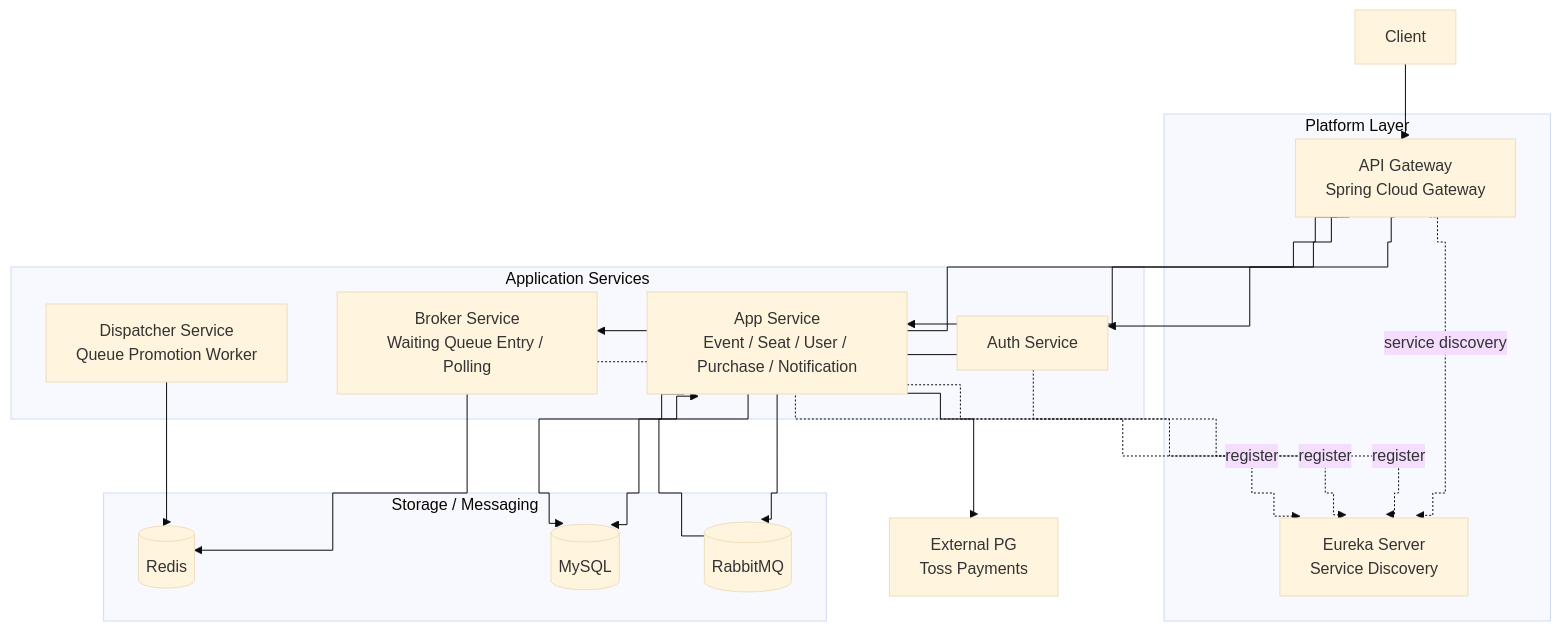
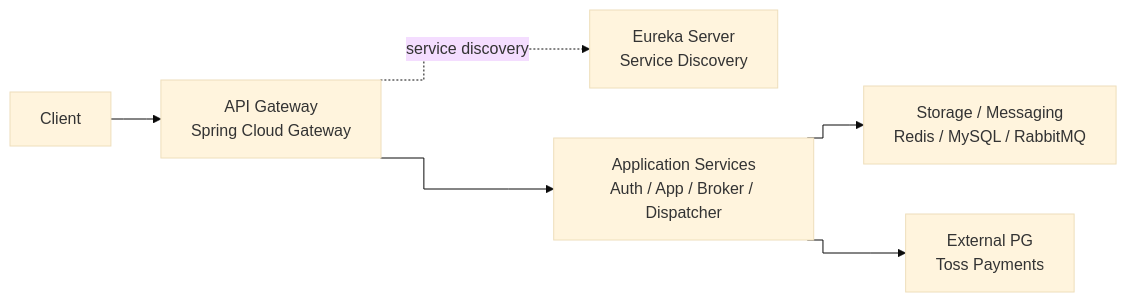
One commit to omegafrog/ticketon-DDD changed the diagram in README.md. Above: the diagram before and after it, drawn with Mermaid (base theme).

Commit message:
docs: simplify architecture diagram

````diff
--- a/README.md
+++ b/README.md
@@ -29,46 +29,16 @@
 ```mermaid
 %%{init: {"flowchart": {"curve": "step"}}}%%
-flowchart TB
+flowchart LR
     Client[Client]
-
-    subgraph Platform[Platform Layer]
-        Gateway[API Gateway<br/>Spring Cloud Gateway]
-        Eureka[Eureka Server<br/>Service Discovery]
-    end
-
-    subgraph Services[Application Services]
-        Auth[Auth Service]
-        App[App Service<br/>Event / Seat / User / Purchase / Notification]
-        Broker[Broker Service<br/>Waiting Queue Entry / Polling]
-        Dispatcher[Dispatcher Service<br/>Queue Promotion Worker]
-    end
-
-    subgraph Infra[Storage / Messaging]
-        Redis[(Redis)]
-        MySQL[(MySQL)]
-        RabbitMQ[(RabbitMQ)]
-    end
-
+    Gateway[API Gateway<br/>Spring Cloud Gateway]
+    Eureka[Eureka Server<br/>Service Discovery]
+    Services[Application Services<br/>Auth / App / Broker / Dispatcher]
+    Infra[Storage / Messaging<br/>Redis / MySQL / RabbitMQ]
     PG[External PG<br/>Toss Payments]
 
     Client --> Gateway
-    Gateway --> Auth
-    Gateway --> App
-    Gateway --> Broker
-
+    Gateway --> Services
     Gateway -. service discovery .-> Eureka
-    Auth -. register .-> Eureka
-    App -. register .-> Eureka
-    Broker -. register .-> Eureka
-
-    Broker --> Redis
-    Dispatcher --> Redis
-
-    App --> MySQL
-    Auth --> MySQL
-
-    App --> RabbitMQ
-    RabbitMQ --> App
-
-    App --> PG
+    Services --> Infra
+    Services --> PG
 ```
````
